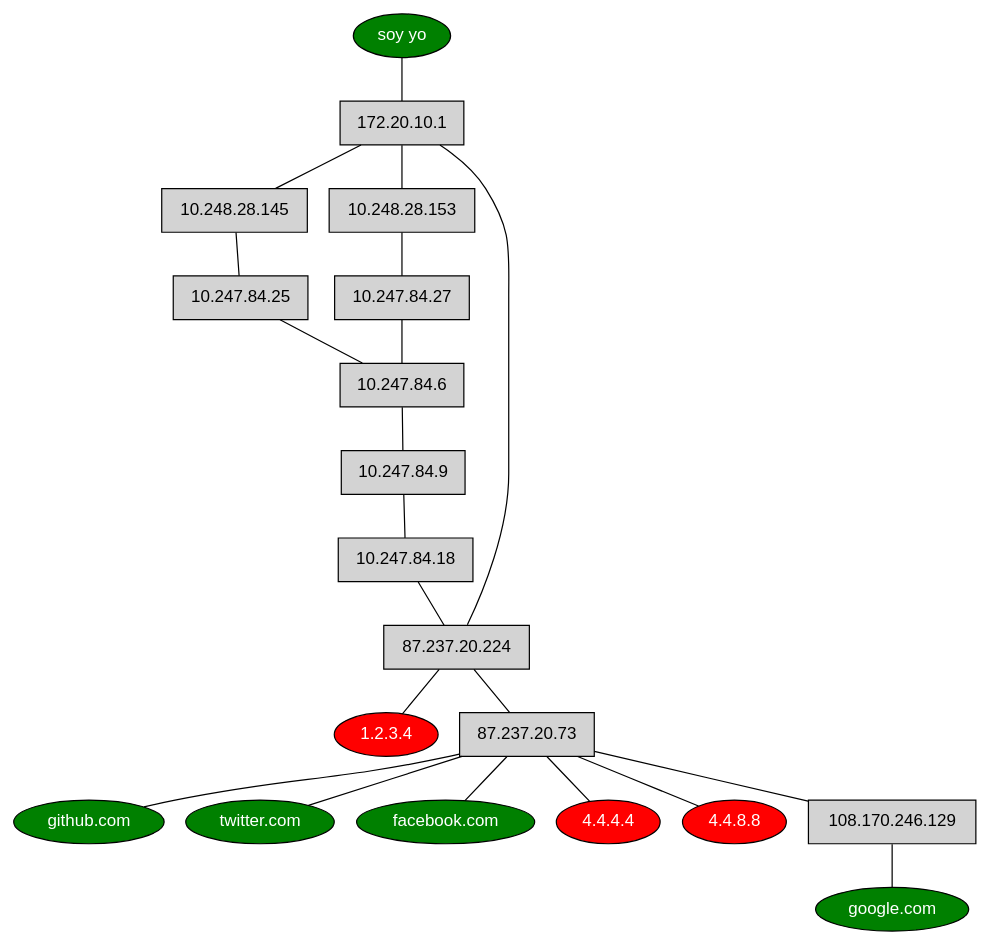
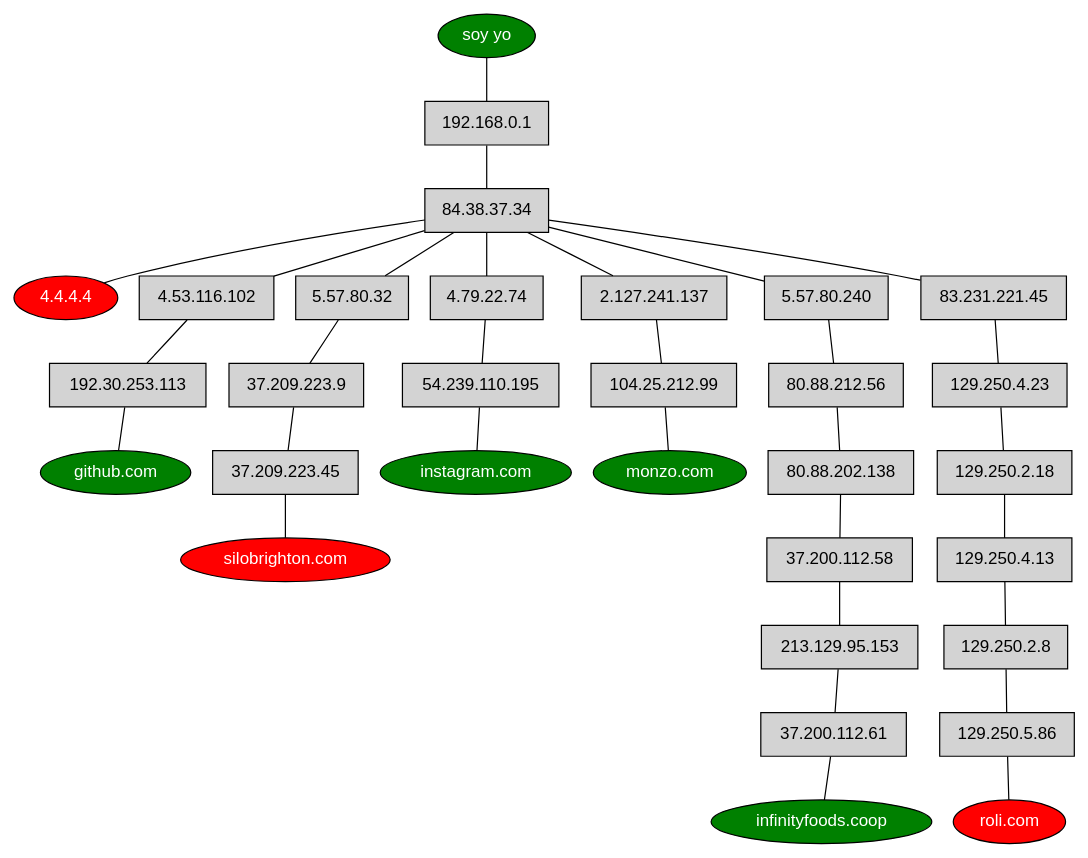
The diagram in example.dot (deanturpin/hosts2dot), drawn with Graphviz before and after one commit. The commit also changed 2 other files, not shown here.

```diff
--- a/example.dot
+++ b/example.dot
@@ -1,20 +1,20 @@
 strict graph {
 
   node [shape=rectangle style=filled fontname=helvetica]
   "soy yo" [fillcolor=green shape=oval fontcolor=white]
 
-  "google.com" [fillcolor=green shape=oval fontcolor=white]
   "github.com" [fillcolor=green shape=oval fontcolor=white]
-  "twitter.com" [fillcolor=green shape=oval fontcolor=white]
-  "facebook.com" [fillcolor=green shape=oval fontcolor=white]
+  "silobrighton.com" [fillcolor=red shape=oval fontcolor=white]
+  "instagram.com" [fillcolor=green shape=oval fontcolor=white]
+  "monzo.com" [fillcolor=green shape=oval fontcolor=white]
+  "infinityfoods.coop" [fillcolor=green shape=oval fontcolor=white]
+  "roli.com" [fillcolor=red shape=oval fontcolor=white]
   "4.4.4.4" [fillcolor=red shape=oval fontcolor=white]
-  "4.4.8.8" [fillcolor=red shape=oval fontcolor=white]
-  "1.2.3.4" [fillcolor=red shape=oval fontcolor=white]
-  "soy yo"--"172.20.10.1"--"10.248.28.145"--"10.247.84.25"--"10.247.84.6"--"10.247.84.9"--"10.247.84.18"--"87.237.20.224"--"87.237.20.73"--"108.170.246.129"--"google.com"
-  "soy yo"--"172.20.10.1"--"10.248.28.145"--"10.247.84.25"--"10.247.84.6"--"10.247.84.9"--"10.247.84.18"--"87.237.20.224"--"87.237.20.73"--"github.com"
-  "soy yo"--"172.20.10.1"--"10.248.28.145"--"10.247.84.25"--"10.247.84.6"--"10.247.84.9"--"10.247.84.18"--"87.237.20.224"--"87.237.20.73"--"twitter.com"
-  "soy yo"--"172.20.10.1"--"10.248.28.153"--"10.247.84.27"--"10.247.84.6"--"10.247.84.9"--"10.247.84.18"--"87.237.20.224"--"87.237.20.73"--"facebook.com"
-  "soy yo"--"172.20.10.1"--"87.237.20.224"--"87.237.20.73"--"4.4.4.4"
-  "soy yo"--"172.20.10.1"--"10.248.28.145"--"10.247.84.25"--"10.247.84.6"--"10.247.84.9"--"10.247.84.18"--"87.237.20.224"--"87.237.20.73"--"4.4.8.8"
-  "soy yo"--"172.20.10.1"--"10.248.28.145"--"10.247.84.25"--"10.247.84.6"--"10.247.84.9"--"10.247.84.18"--"87.237.20.224"--"1.2.3.4"
+  "soy yo"--"192.168.0.1"--"84.38.37.34"--"4.53.116.102"--"192.30.253.113"--"github.com"
+  "soy yo"--"192.168.0.1"--"84.38.37.34"--"5.57.80.32"--"37.209.223.9"--"37.209.223.45"--"silobrighton.com"
+  "soy yo"--"192.168.0.1"--"84.38.37.34"--"4.79.22.74"--"54.239.110.195"--"instagram.com"
+  "soy yo"--"192.168.0.1"--"84.38.37.34"--"2.127.241.137"--"104.25.212.99"--"monzo.com"
+  "soy yo"--"192.168.0.1"--"84.38.37.34"--"5.57.80.240"--"80.88.212.56"--"80.88.202.138"--"37.200.112.58"--"213.129.95.153"--"37.200.112.61"--"infinityfoods.coop"
+  "soy yo"--"192.168.0.1"--"84.38.37.34"--"83.231.221.45"--"129.250.4.23"--"129.250.2.18"--"129.250.4.13"--"129.250.2.8"--"129.250.5.86"--"roli.com"
+  "soy yo"--"192.168.0.1"--"84.38.37.34"--"4.4.4.4"
 }
```
